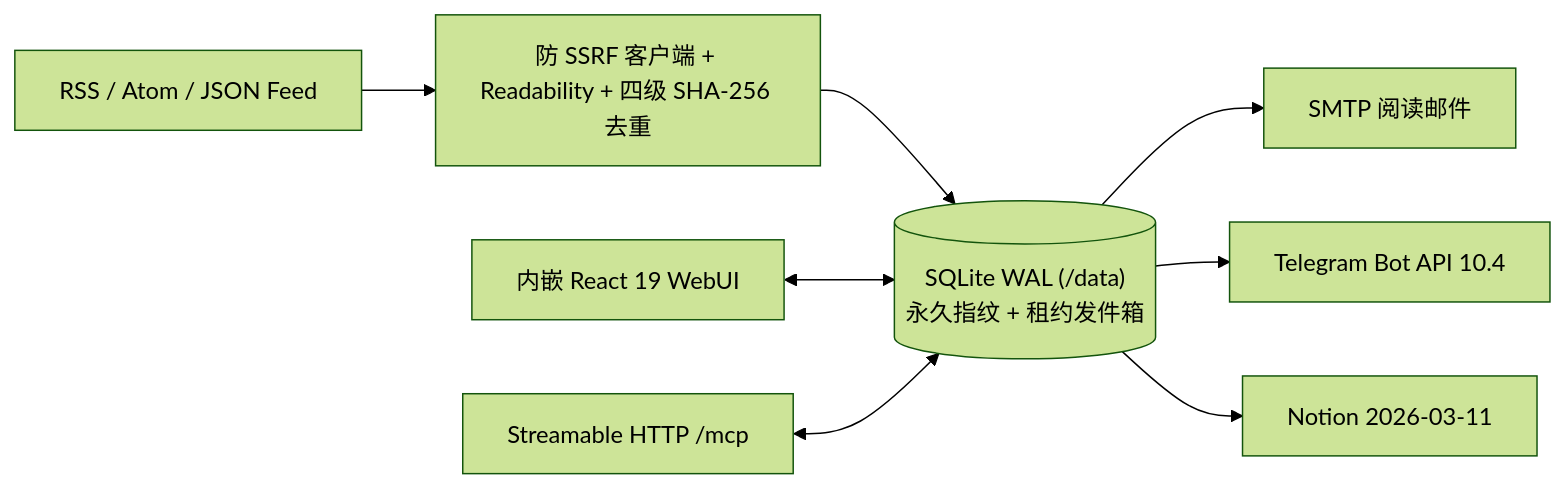
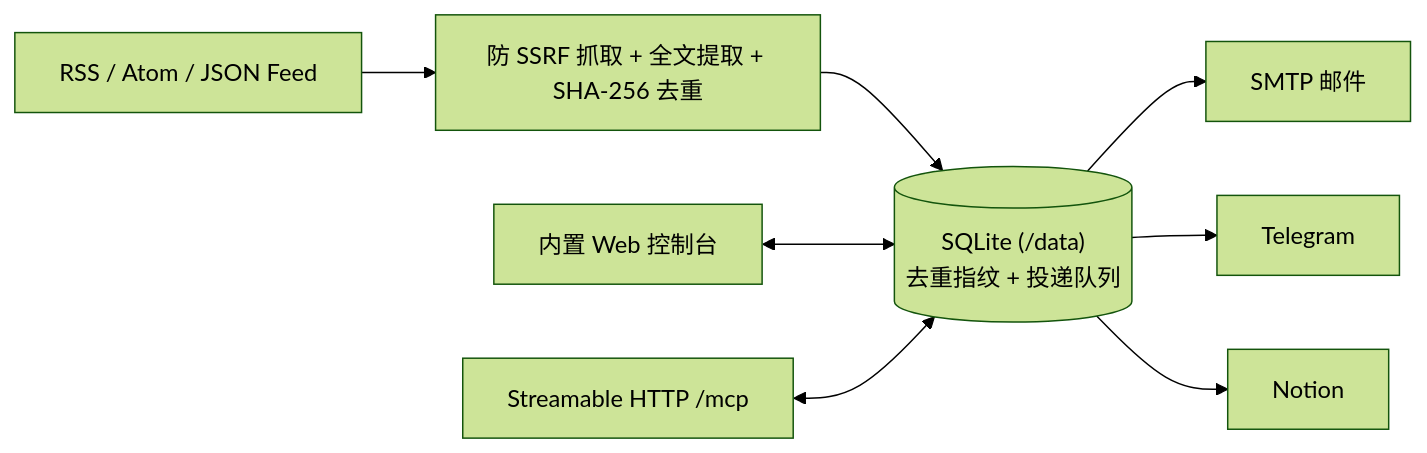
One commit to ElleryHe/FeedCourier changed the diagram in README.zh-CN.md. Above: the diagram before and after it, drawn with Mermaid (forest theme). The commit also changed other lines of this file and 57 other files, not shown here.

````diff
--- a/README.zh-CN.md
+++ b/README.zh-CN.md
@@ -32,10 +30,10 @@
 ```mermaid
 flowchart LR
-    Feed["RSS / Atom / JSON Feed"] --> Guard["防 SSRF 客户端 + Readability + 四级 SHA-256 去重"]
-    Guard --> DB[("SQLite WAL (/data)\n永久指纹 + 租约发件箱")]
-    DB --> SMTP["SMTP 阅读邮件"]
-    DB --> TG["Telegram Bot API 10.4"]
-    DB --> NT["Notion 2026-03-11"]
-    UI["内嵌 React 19 WebUI"] <--> DB
+    Feed["RSS / Atom / JSON Feed"] --> Guard["防 SSRF 抓取 + 全文提取 + SHA-256 去重"]
+    Guard --> DB[("SQLite (/data)\n去重指纹 + 投递队列")]
+    DB --> SMTP["SMTP 邮件"]
+    DB --> TG["Telegram"]
+    DB --> NT["Notion"]
+    UI["内置 Web 控制台"] <--> DB
     MCP["Streamable HTTP /mcp"] <--> DB
 ```
````
